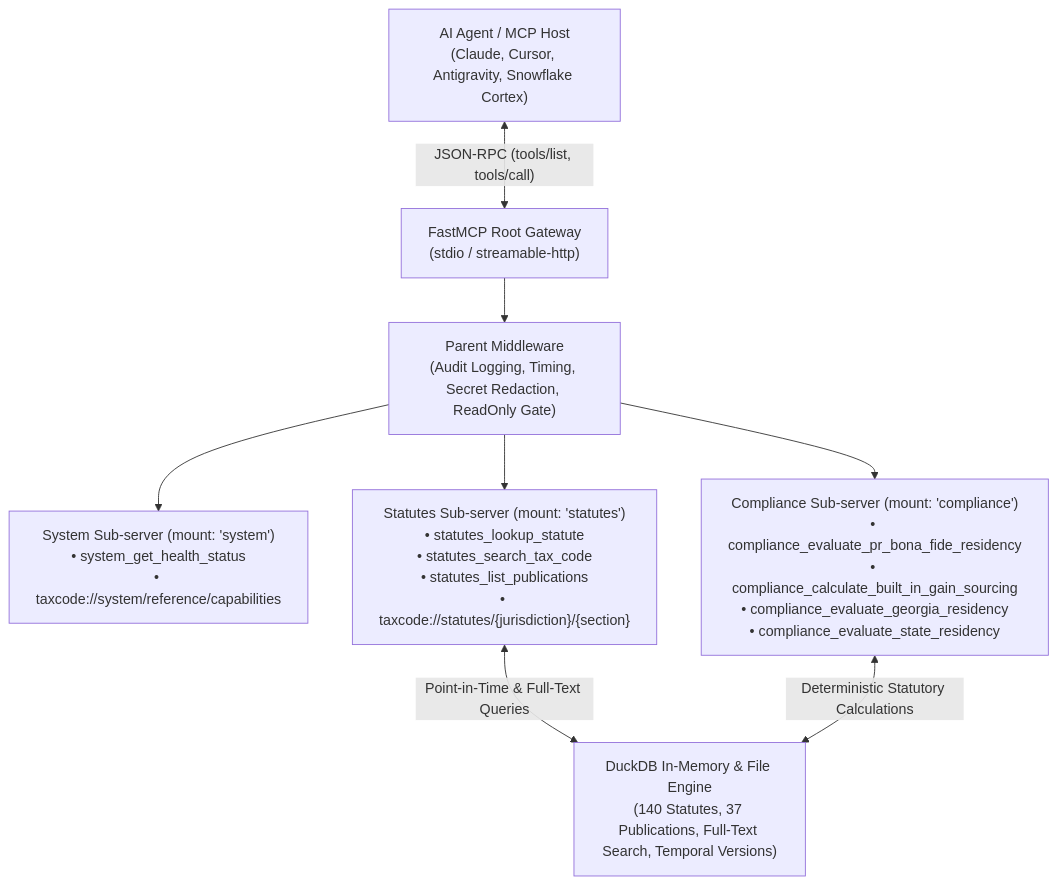
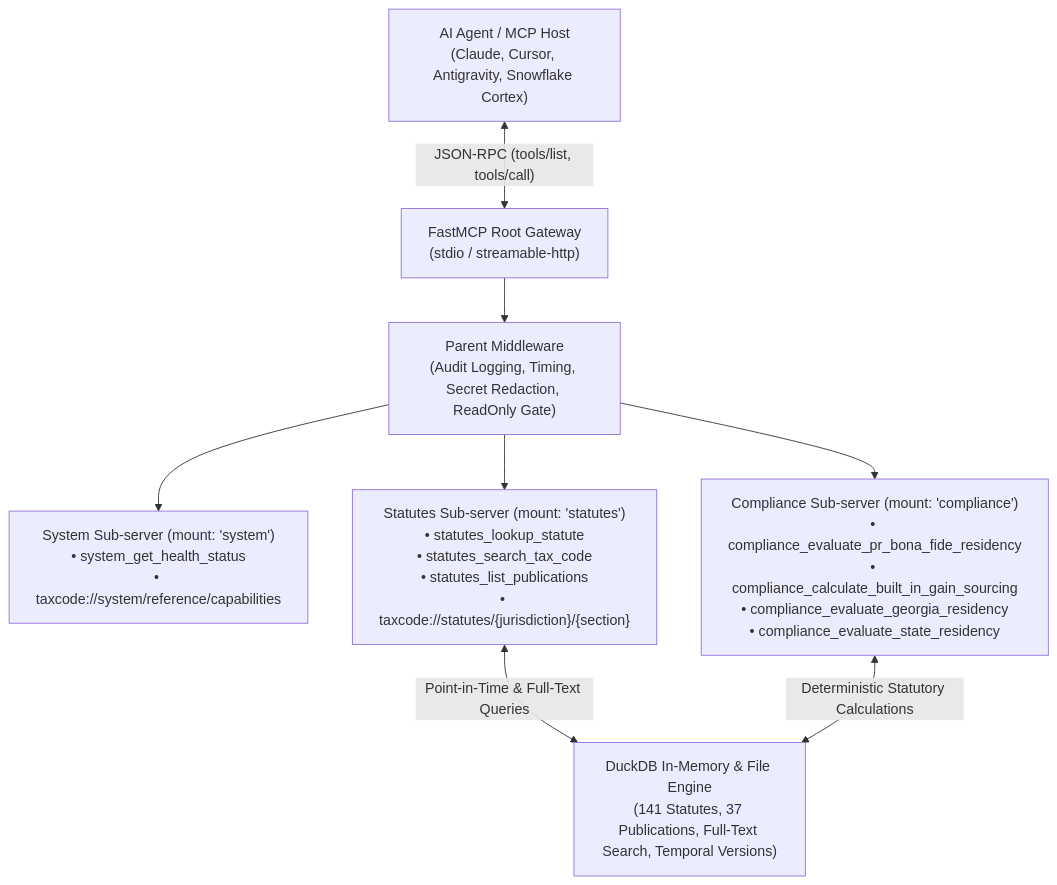
One commit to christianclaudio/mcp-server-taxcode changed the diagram in README.md. Above: the diagram before and after it, drawn with Mermaid. The commit also changed 11 other files, not shown here.

````diff
--- a/README.md
+++ b/README.md
@@ -22,18 +22,18 @@
 ```mermaid
 graph TD
     Client["AI Agent / MCP Host<br>(Claude, Cursor, Antigravity, Snowflake Cortex)"]
     Gateway["FastMCP Root Gateway<br>(stdio / streamable-http)"]
     ParentMW["Parent Middleware<br>(Audit Logging, Timing, Secret Redaction, ReadOnly Gate)"]
     SysSub["System Sub-server (mount: 'system')<br>• system_get_health_status<br>• taxcode://system/reference/capabilities"]
     StatSub["Statutes Sub-server (mount: 'statutes')<br>• statutes_lookup_statute<br>• statutes_search_tax_code<br>• statutes_list_publications<br>• taxcode://statutes/{jurisdiction}/{section}"]
     CompSub["Compliance Sub-server (mount: 'compliance')<br>• compliance_evaluate_pr_bona_fide_residency<br>• compliance_calculate_built_in_gain_sourcing<br>• compliance_evaluate_georgia_residency<br>• compliance_evaluate_state_residency"]
-    DuckDB["DuckDB In-Memory & File Engine<br>(140 Statutes, 37 Publications, Full-Text Search, Temporal Versions)"]
+    DuckDB["DuckDB In-Memory & File Engine<br>(141 Statutes, 37 Publications, Full-Text Search, Temporal Versions)"]
 
     Client <-->|"JSON-RPC (tools/list, tools/call)"| Gateway
     Gateway --> ParentMW
     ParentMW --> SysSub
     ParentMW --> StatSub
     ParentMW --> CompSub
     StatSub <-->|"Point-in-Time & Full-Text Queries"| DuckDB
     CompSub <-->|"Deterministic Statutory Calculations"| DuckDB
 ```
````
